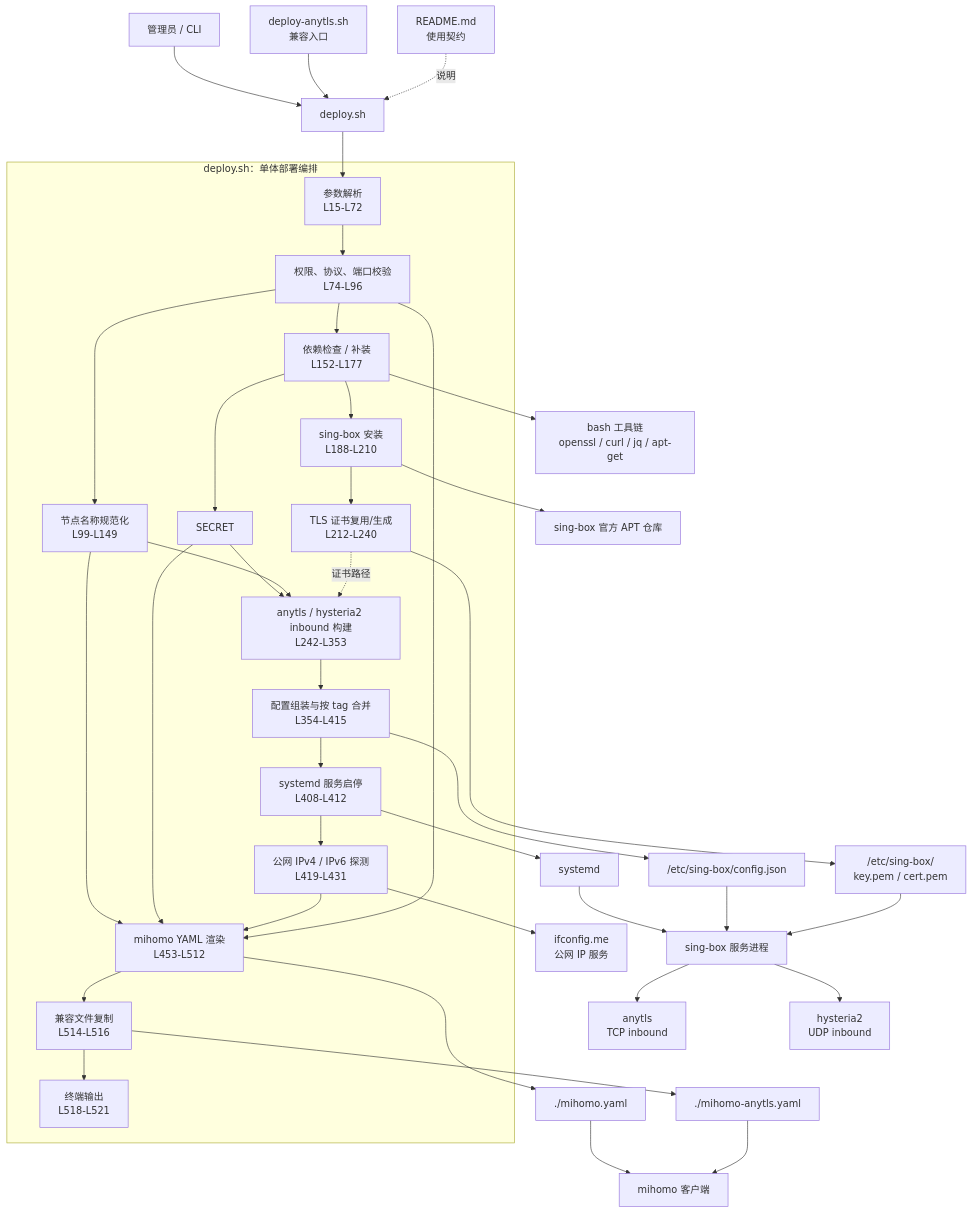
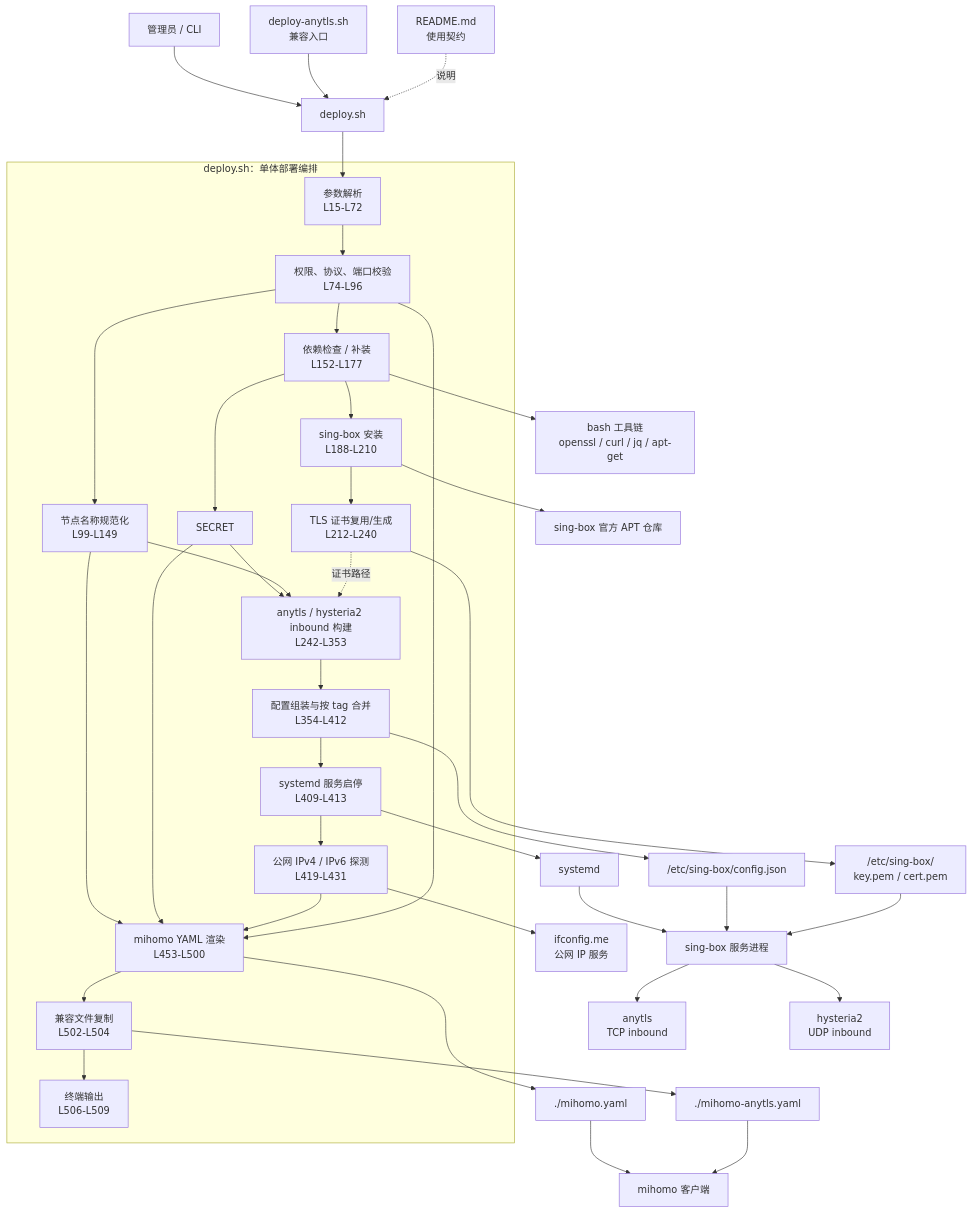
One commit to heihei0299/anytls-go-script changed the diagram in project.md. Above: the diagram before and after it, drawn with Mermaid. The commit also changed other lines of this file and 1 other file, not shown here.

Commit message:
refactor: deduplicate mihomo rendering

````diff
--- a/project.md
+++ b/project.md
@@ -22,63 +22,63 @@
 ```mermaid
 flowchart TD
     USER["管理员 / CLI"] --> DEPLOY["deploy.sh"]
     LEGACY["deploy-anytls.sh<br/>兼容入口"] --> DEPLOY
     README["README.md<br/>使用契约"] -.说明.-> DEPLOY
 
     subgraph CORE["deploy.sh：单体部署编排"]
         PARSE["参数解析<br/>L15-L72"]
         VALIDATE["权限、协议、端口校验<br/>L74-L96"]
         NAME["节点名称规范化<br/>L99-L149"]
         DEPS["依赖检查 / 补装<br/>L152-L177"]
         INSTALL["sing-box 安装<br/>L188-L210"]
         CERT["TLS 证书复用/生成<br/>L212-L240"]
         INBOUND["anytls / hysteria2 inbound 构建<br/>L242-L353"]
-        MERGE["配置组装与按 tag 合并<br/>L354-L415"]
-        SERVICE["systemd 服务启停<br/>L408-L412"]
+        MERGE["配置组装与按 tag 合并<br/>L354-L412"]
+        SERVICE["systemd 服务启停<br/>L409-L413"]
         IP["公网 IPv4 / IPv6 探测<br/>L419-L431"]
-        RENDER["mihomo YAML 渲染<br/>L453-L512"]
-        COMPAT["兼容文件复制<br/>L514-L516"]
-        OUTPUT["终端输出<br/>L518-L521"]
+        RENDER["mihomo YAML 渲染<br/>L453-L500"]
+        COMPAT["兼容文件复制<br/>L502-L504"]
+        OUTPUT["终端输出<br/>L506-L509"]
 
         PARSE --> VALIDATE
         VALIDATE --> NAME
         VALIDATE --> DEPS
         DEPS --> SECRET
         DEPS --> INSTALL
         INSTALL --> CERT
         SECRET --> INBOUND
         NAME --> INBOUND
         CERT -.证书路径.-> INBOUND
         INBOUND --> MERGE
         MERGE --> SERVICE
         SERVICE --> IP
         NAME --> RENDER
         SECRET --> RENDER
         IP --> RENDER
         VALIDATE --> RENDER
         RENDER --> COMPAT
         COMPAT --> OUTPUT
     end
 
     DEPLOY --> PARSE
 
     DEPS --> SHELL["bash 工具链<br/>openssl / curl / jq / apt-get"]
     INSTALL --> APT["sing-box 官方 APT 仓库"]
     CERT --> CERT_FILES["/etc/sing-box/<br/>key.pem / cert.pem"]
     MERGE --> SB_CONFIG["/etc/sing-box/config.json"]
 
     SERVICE --> SYSTEMD["systemd"]
     SYSTEMD --> SINGBOX["sing-box 服务进程"]
     SB_CONFIG --> SINGBOX
     CERT_FILES --> SINGBOX
 
     SINGBOX --> ANYTLS["anytls<br/>TCP inbound"]
     SINGBOX --> HY2["hysteria2<br/>UDP inbound"]
 
     IP --> IFCONFIG["ifconfig.me<br/>公网 IP 服务"]
 
     RENDER --> MIHOMO["./mihomo.yaml"]
     COMPAT --> OLD_MIHOMO["./mihomo-anytls.yaml"]
     MIHOMO --> CLIENT["mihomo 客户端"]
     OLD_MIHOMO --> CLIENT
 ```
````
